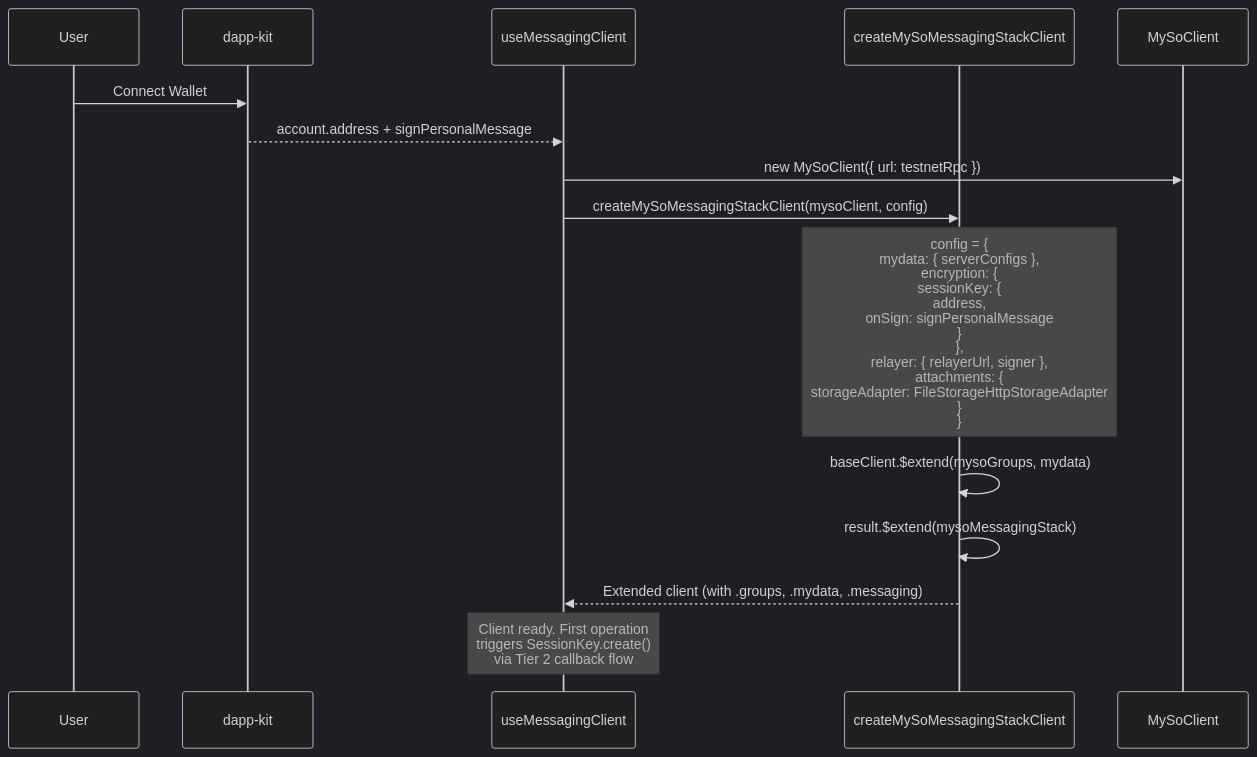
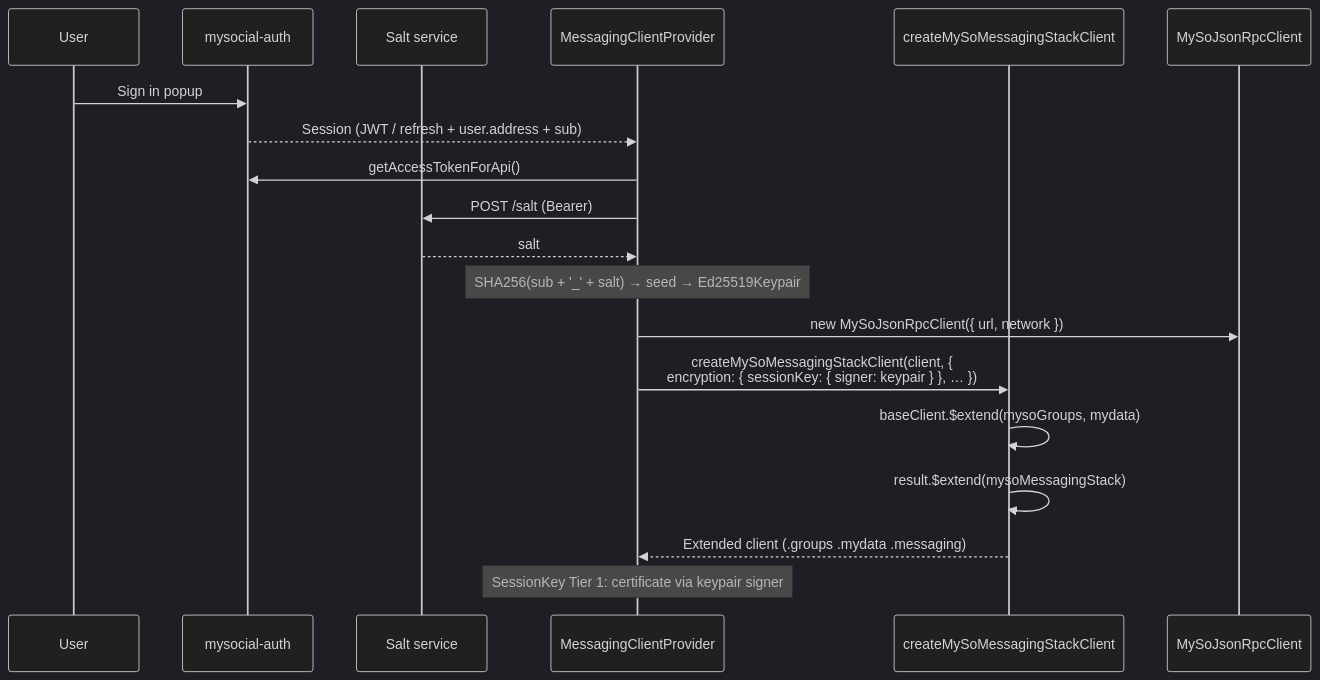
One commit to The-Social-Proof-Foundation/myso-messaging-stack changed the second of 18 diagrams in chat-app/docs/SYSTEM_DESIGN.md. Above: the diagram before and after it, drawn with Mermaid (dark theme). The commit also changed other lines of this file and 100 other files, not shown here.

Commit message:
added reactions, pins, paid message and much more. also conformed to myso username and login as well as much more

````diff
--- a/chat-app/docs/SYSTEM_DESIGN.md
+++ b/chat-app/docs/SYSTEM_DESIGN.md
@@ -115,18 +115,22 @@
 ```mermaid
 sequenceDiagram
     participant User
-    participant DK as dapp-kit
-    participant Hook as useMessagingClient
+    participant MA as mysocial-auth
+    participant SALT as Salt service
+    participant Hook as MessagingClientProvider
     participant Factory as createMySoMessagingStackClient
-    participant MYSO as MySoClient
+    participant RPC as MySoJsonRpcClient
 
-    User->>DK: Connect Wallet
-    DK-->>Hook: account.address + signPersonalMessage
-    Hook->>MYSO: new MySoClient({ url: testnetRpc })
-    Hook->>Factory: createMySoMessagingStackClient(mysoClient, config)
-    Note over Factory: config = {<br/>  mydata: { serverConfigs },<br/>  encryption: {<br/>    sessionKey: {<br/>      address,<br/>      onSign: signPersonalMessage<br/>    }<br/>  },<br/>  relayer: { relayerUrl, signer },<br/>  attachments: {<br/>    storageAdapter: FileStorageHttpStorageAdapter<br/>  }<br/>}
+    User->>MA: Sign in popup
+    MA-->>Hook: Session (JWT / refresh + user.address + sub)
+    Hook->>MA: getAccessTokenForApi()
+    Hook->>SALT: POST /salt (Bearer)
+    SALT-->>Hook: salt
+    Note over Hook: SHA256(sub + '_' + salt) → seed → Ed25519Keypair
+    Hook->>RPC: new MySoJsonRpcClient({ url, network })
+    Hook->>Factory: createMySoMessagingStackClient(client, {<br/>  encryption: { sessionKey: { signer: keypair } }, … })
     Factory->>Factory: baseClient.$extend(mysoGroups, mydata)
     Factory->>Factory: result.$extend(mysoMessagingStack)
-    Factory-->>Hook: Extended client (with .groups, .mydata, .messaging)
-    Note over Hook: Client ready. First operation<br/>triggers SessionKey.create()<br/>via Tier 2 callback flow
+    Factory-->>Hook: Extended client (.groups .mydata .messaging)
+    Note over Hook: SessionKey Tier 1: certificate via keypair signer
 ```
````
